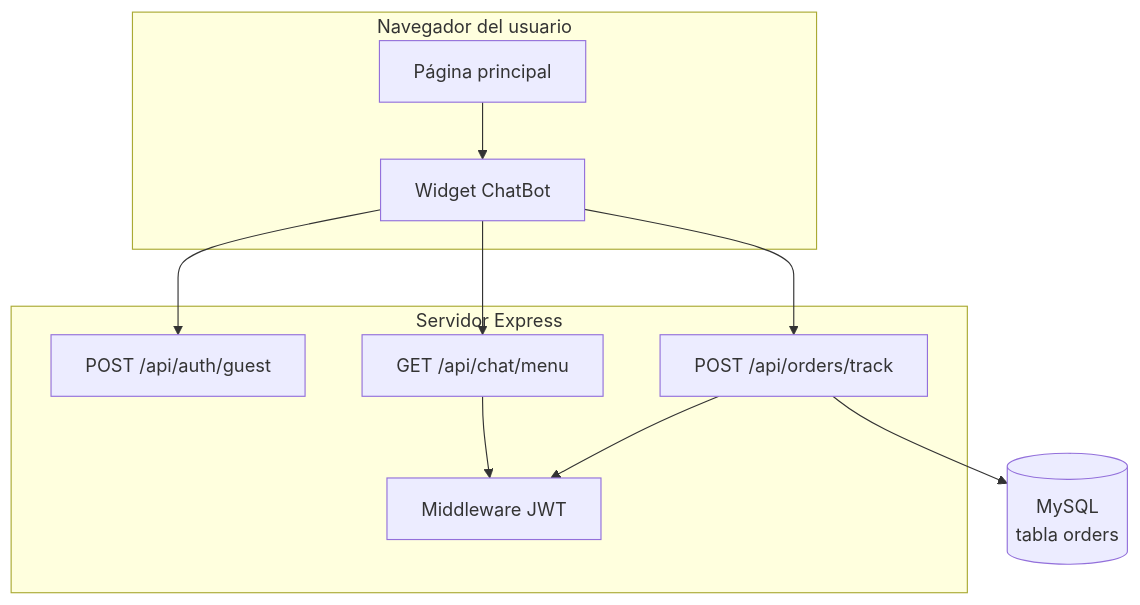
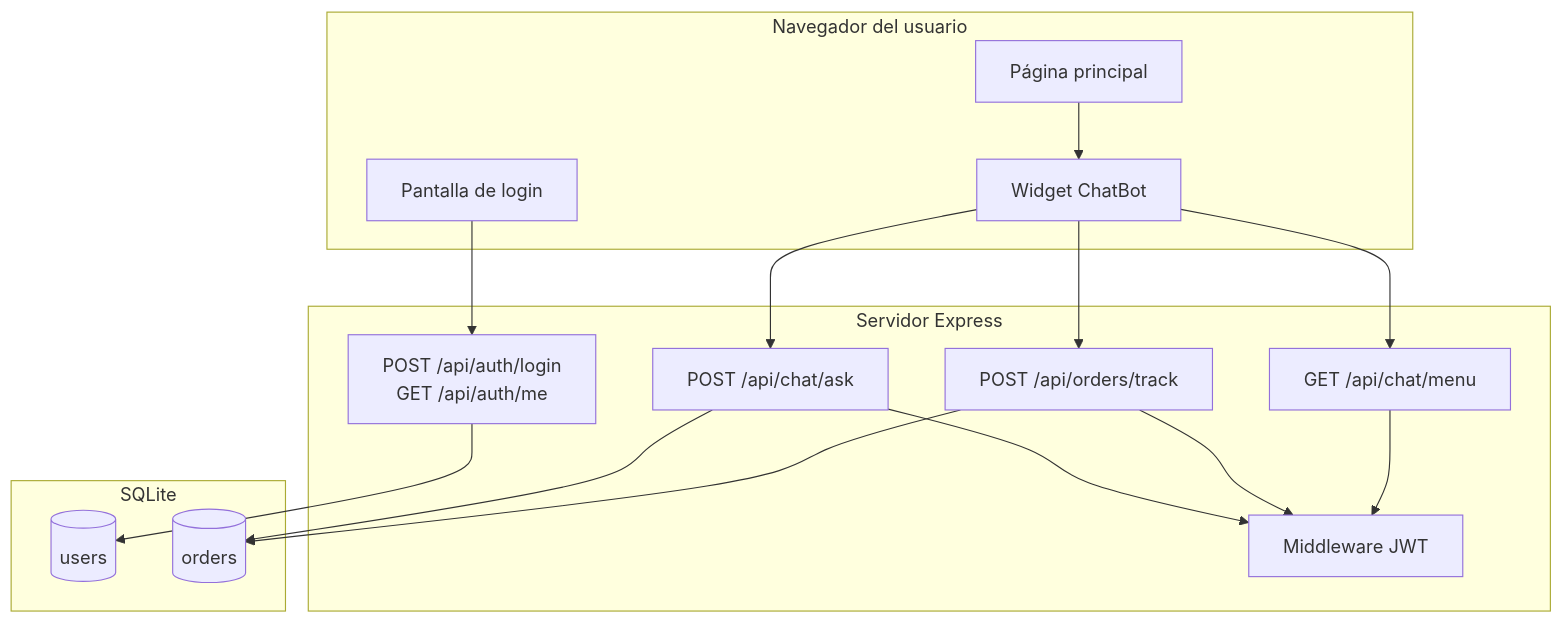
One commit to MelanyFT/Entrega-Parcial changed the second of 4 diagrams in docs/diagramas.md. Above: the diagram before and after it, drawn with Mermaid. The commit also changed other lines of this file and 30 other files, not shown here.

````diff
--- a/docs/diagramas.md
+++ b/docs/diagramas.md
@@ -29,24 +33,33 @@
 ```mermaid
 flowchart TB
   subgraph Cliente["Navegador del usuario"]
+    Login[Pantalla de login]
     Pagina[Página principal]
     Widget[Widget ChatBot]
   end
 
   subgraph Servidor["Servidor Express"]
-    Auth["POST /api/auth/guest"]
+    Auth["POST /api/auth/login<br/>GET /api/auth/me"]
     Menu["GET /api/chat/menu"]
     Track["POST /api/orders/track"]
+    Ask["POST /api/chat/ask"]
     JWT[Middleware JWT]
   end
 
-  DB[(MySQL<br/>tabla orders)]
+  subgraph Datos["SQLite"]
+    Users[(users)]
+    Orders[(orders)]
+  end
 
+  Login --> Auth
+  Auth --> Users
   Pagina --> Widget
-  Widget --> Auth
   Widget --> Menu
   Widget --> Track
+  Widget --> Ask
   Menu --> JWT
   Track --> JWT
-  Track --> DB
+  Ask --> JWT
+  Track --> Orders
+  Ask --> Orders
 ```
````
